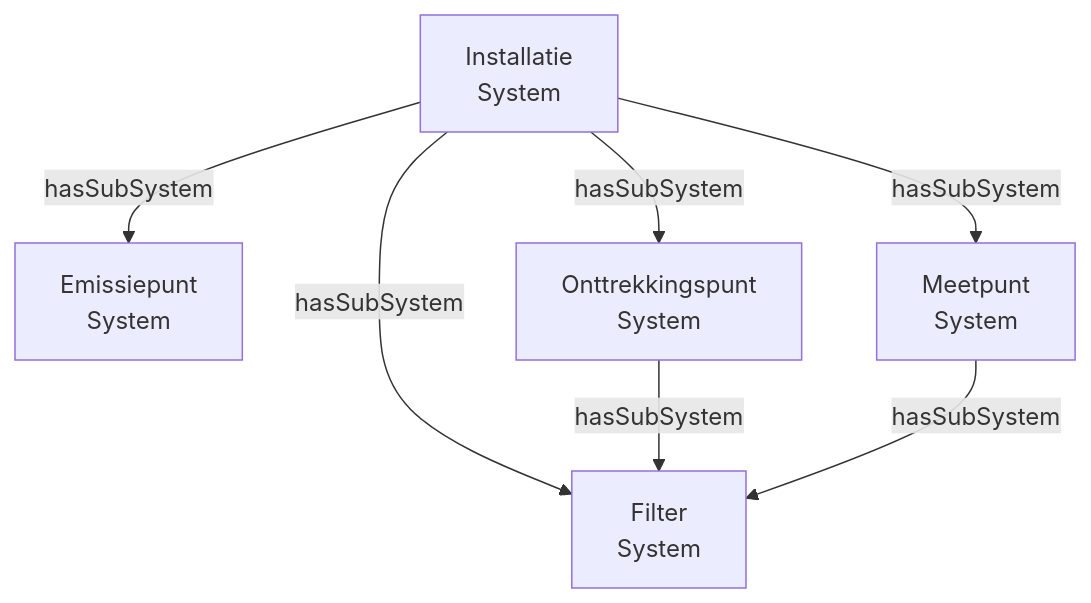
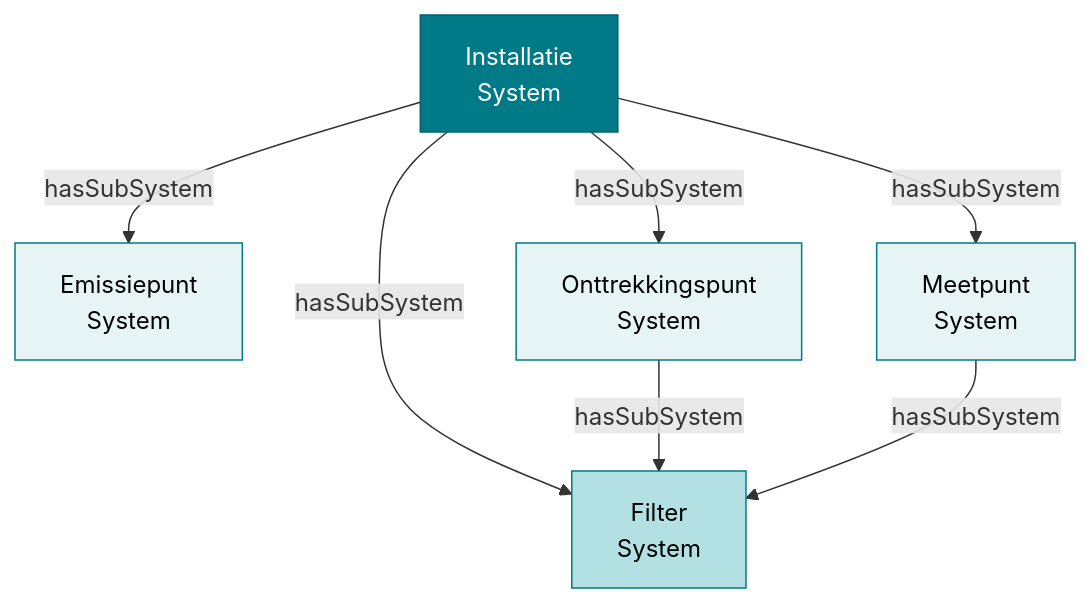
The first of 2 diagrams in documentatie/datamodel/afname/systemen.md (milieuinfo/RIE-IEPR), drawn with Mermaid before and after one commit. The commit also changed other lines of this file and 69 other files, not shown here.

````diff
--- a/documentatie/datamodel/afname/systemen.md
+++ b/documentatie/datamodel/afname/systemen.md
@@ -212,9 +212,15 @@
 ```mermaid
 graph TD
     Installatie["Installatie<br/>System"] -->|hasSubSystem| Emissiepunt["Emissiepunt<br/>System"]
     Installatie -->|hasSubSystem| Onttrekkingspunt["Onttrekkingspunt<br/>System"]
     Installatie -->|hasSubSystem| Meetpunt["Meetpunt<br/>System"]
     Installatie -->|hasSubSystem| Filter["Filter<br/>System"]
     Onttrekkingspunt -->|hasSubSystem| Filter["Filter<br/>System"]
     Meetpunt -->|hasSubSystem| Filter["Filter<br/>System"]
+    
+    style Installatie fill:#007A87,stroke:#005f6a,color:#fff
+    style Emissiepunt fill:#e6f4f5,stroke:#007A87,color:#000
+    style Onttrekkingspunt fill:#e6f4f5,stroke:#007A87,color:#000
+    style Meetpunt fill:#e6f4f5,stroke:#007A87,color:#000
+    style Filter fill:#b2e0e3,stroke:#007A87,color:#000
 ```
````
